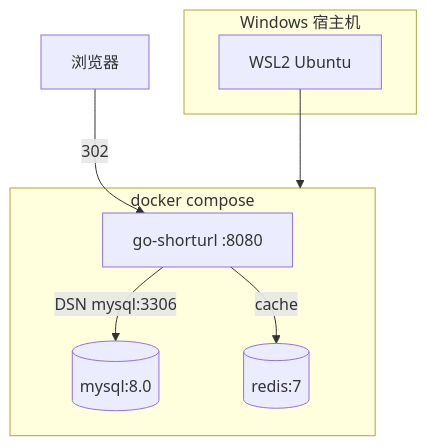
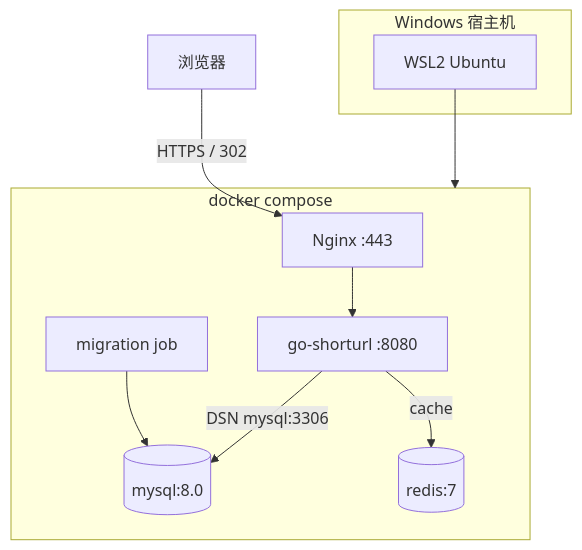
The diagram in 后端学习/Go/13-Docker与Linux部署Go服务.md (moqix26/study), drawn with Mermaid before and after one commit. The commit also changed other lines of this file and 49 other files, not shown here.

````diff
--- a/后端学习/Go/13-Docker与Linux部署Go服务.md
+++ b/后端学习/Go/13-Docker与Linux部署Go服务.md
@@ -75,15 +87,19 @@
 ```mermaid
 flowchart TB
     subgraph win [Windows 宿主机]
         WSL[WSL2 Ubuntu]
     end
     subgraph compose [docker compose]
+        Nginx[Nginx :443]
+        Migrate[migration job]
         App[go-shorturl :8080]
         MySQL[(mysql:8.0)]
         Redis[(redis:7)]
     end
     WSL --> compose
+    Nginx --> App
+    Migrate --> MySQL
     App -->|DSN mysql:3306| MySQL
     App -->|cache| Redis
-    Browser[浏览器] -->|302| App
+    Browser[浏览器] -->|HTTPS / 302| Nginx
 ```
````
